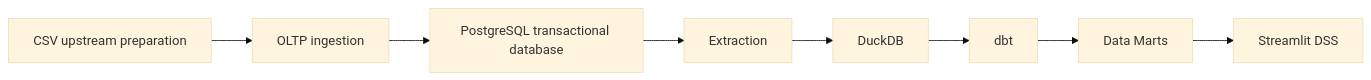
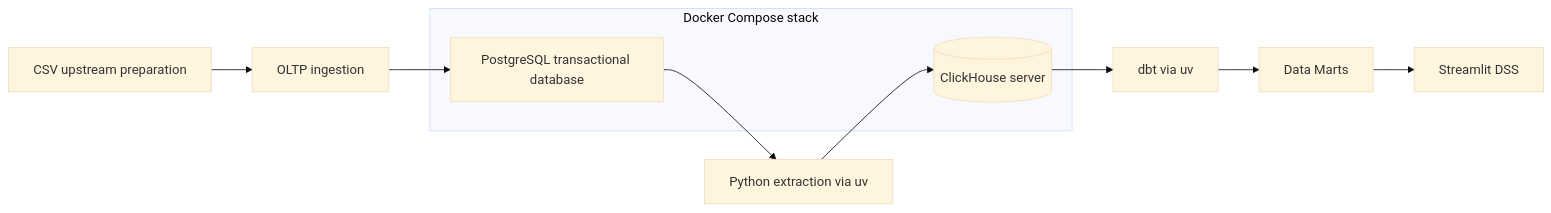
Before and after one commit to ducklemon596/inventory-dw-dss: the diagram in docs/architecture.md, drawn with Mermaid (base theme). The commit also changed other lines of this file and 41 other files, not shown here.

Commit message:
implement pipeline to load data from postgresql to clickhouse raw schema. Init dbt project and write staging models

````diff
--- a/docs/architecture.md
+++ b/docs/architecture.md
@@ -3,7 +3,11 @@
 ```mermaid
 flowchart LR
     CSV[CSV upstream preparation] --> Ingest[OLTP ingestion]
     Ingest --> OLTP[PostgreSQL transactional database]
-    OLTP --> Extract[Extraction]
-    Extract --> DuckDB --> dbt --> Marts[Data Marts] --> DSS[Streamlit DSS]
+    subgraph Compose[Docker Compose stack]
+        OLTP
+        ClickHouse[(ClickHouse server)]
+    end
+    OLTP --> Extract[Python extraction via uv] --> ClickHouse --> dbt
+    dbt[dbt via uv] --> Marts[Data Marts] --> DSS[Streamlit DSS]
 ```
````
